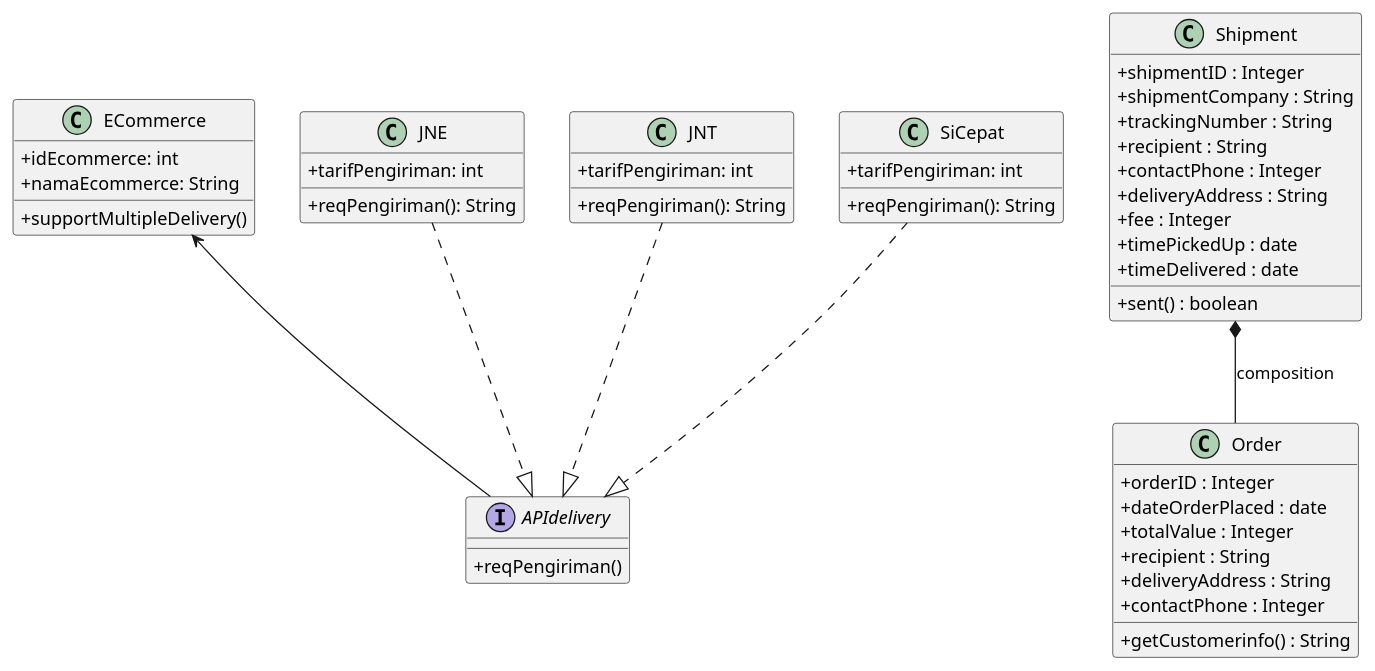
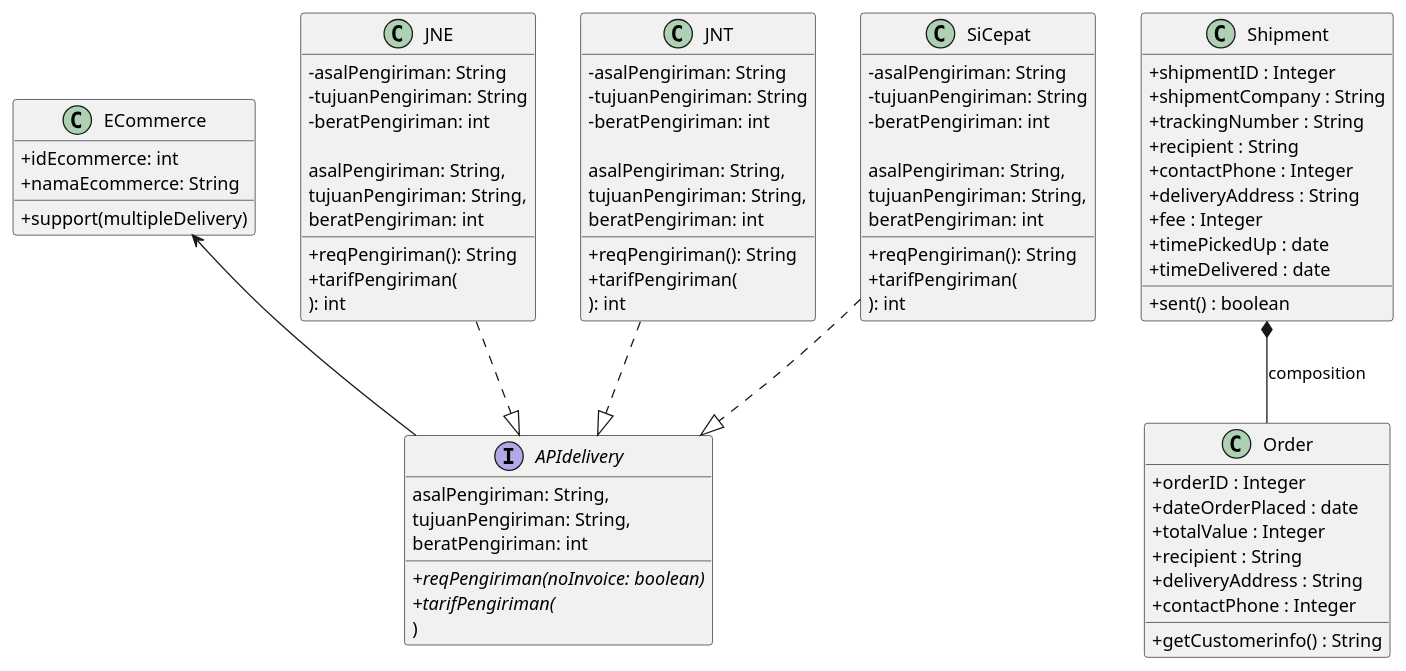
The diagram in Kelompok 5/diagramKel5.plantuml (farhanzakiputra/pbpu-a-2022), drawn with PlantUML before and after one commit.

```diff
--- a/Kelompok 5/diagramKel5.plantuml
+++ b/Kelompok 5/diagramKel5.plantuml
@@ -1,77 +1,103 @@
 @startuml
 
 skinparam classAttributeIconSize 0
 /'
 menonaktifkan skin bawaan dari plantUML untuk access modifier (public, private, protected)
 '/
 
 class ECommerce{
     'atribut'
     +idEcommerce: int
     +namaEcommerce: String
     
     'method'
-    +supportMultipleDelivery()
+    +support(multipleDelivery)
 }
 
 class JNE{
     'atribut'
-    +tarifPengiriman: int
+    -asalPengiriman: String
+    -tujuanPengiriman: String
+    -beratPengiriman: int
 
     'method'
     +reqPengiriman(): String
+    +tarifPengiriman(
+        asalPengiriman: String, 
+        tujuanPengiriman: String, 
+        beratPengiriman: int
+    ): int
 }
 
 class JNT{
     'atribut'
-    +tarifPengiriman: int
+    -asalPengiriman: String
+    -tujuanPengiriman: String
+    -beratPengiriman: int
 
     'method'
     +reqPengiriman(): String
+    +tarifPengiriman(
+        asalPengiriman: String, 
+        tujuanPengiriman: String, 
+        beratPengiriman: int
+    ): int
 }
 
 class SiCepat{
     'atribut'
-    +tarifPengiriman: int
+    -asalPengiriman: String
+    -tujuanPengiriman: String
+    -beratPengiriman: int
 
     'method'
     +reqPengiriman(): String
+    +tarifPengiriman(
+        asalPengiriman: String, 
+        tujuanPengiriman: String, 
+        beratPengiriman: int
+    ): int
 }
 
 interface APIdelivery {
     'method'
-    +reqPengiriman()
+    +{abstract} reqPengiriman(noInvoice: boolean)
+    +{abstract} tarifPengiriman(
+        asalPengiriman: String, 
+        tujuanPengiriman: String, 
+        beratPengiriman: int
+    )
 }
 
 JNE ..|> APIdelivery
 JNT ..|> APIdelivery
 SiCepat ..|> APIdelivery
 ECommerce <-- APIdelivery
 
 Shipment *-- Order : composition
 
 class Order {
    +orderID : Integer
    +dateOrderPlaced : date
    +totalValue : Integer
    +recipient : String
    +deliveryAddress : String
    +contactPhone : Integer
    +getCustomerinfo() : String
 }
 
 class Shipment {
    +shipmentID : Integer
    +shipmentCompany : String
    +trackingNumber : String
    +recipient : String
    +contactPhone : Integer
    +deliveryAddress : String
    +fee : Integer
    +timePickedUp : date
    +timeDelivered : date
    +sent() : boolean
 }
 
 
 @enduml
```
